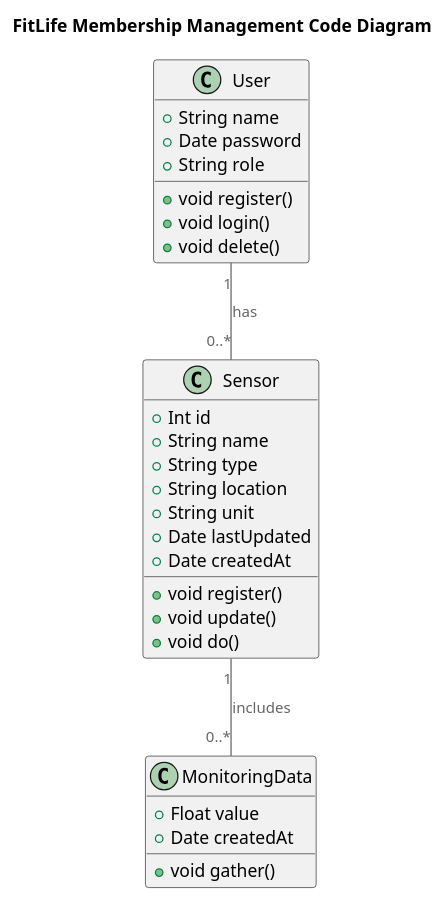
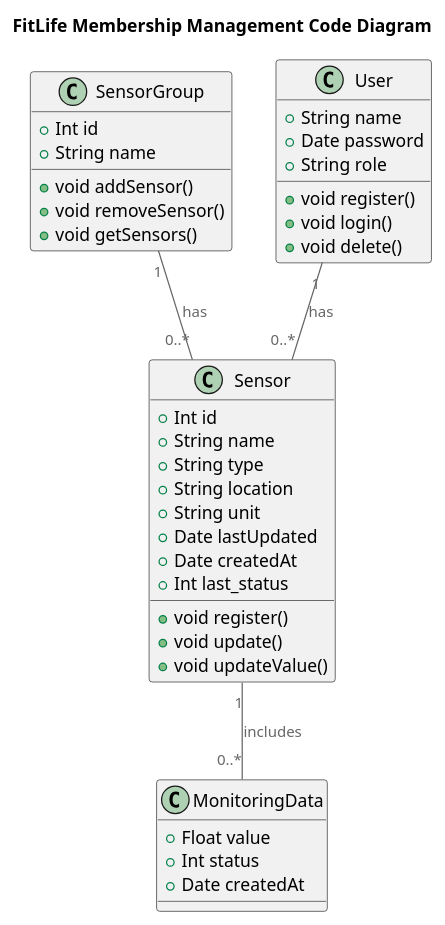
The fifth of 6 diagrams in README.md (egorgasay/architecture-pro-warmhouse), drawn with PlantUML before and after one commit. The commit also changed other lines of this file, not shown here.

Commit message:
TASK-4: in progress

````diff
--- a/README.md
+++ b/README.md
@@ -285,42 +285,53 @@
 ```plantuml
 @startuml
 title FitLife Membership Management Code Diagram
 
 top to bottom direction
 
 !includeurl https://raw.githubusercontent.com/RicardoNiepel/C4-PlantUML/master/C4_Component.puml
 
 class MonitoringData {
   +Float value
+  +Int status
   +Date createdAt
-  +void gather()
 }
 
 class Sensor {
   +Int id
   +String name
   +String type
   +String location
   +String unit
   +Date lastUpdated
   +Date createdAt
+  +Int last_status
   +void register()
   +void update()
-  +void do()
+  +void updateValue()
+}
+
+
+class SensorGroup {
+  +Int id
+  +String name
+  +void addSensor()
+  +void removeSensor()
+  +void getSensors()
 }
 
 
 class User {
   +String name
   +Date password
   +String role
   +void register()
   +void login()
   +void delete()
 }
 
 User "1" -- "0..*" Sensor : has
+SensorGroup "1" -- "0..*" Sensor : has
 Sensor "1" -- "0..*" MonitoringData : includes
 
 @enduml
 ```
````
